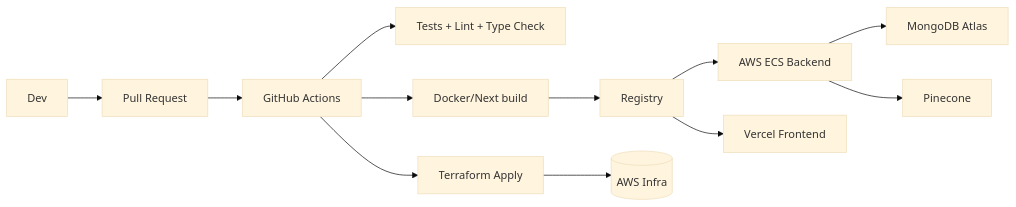
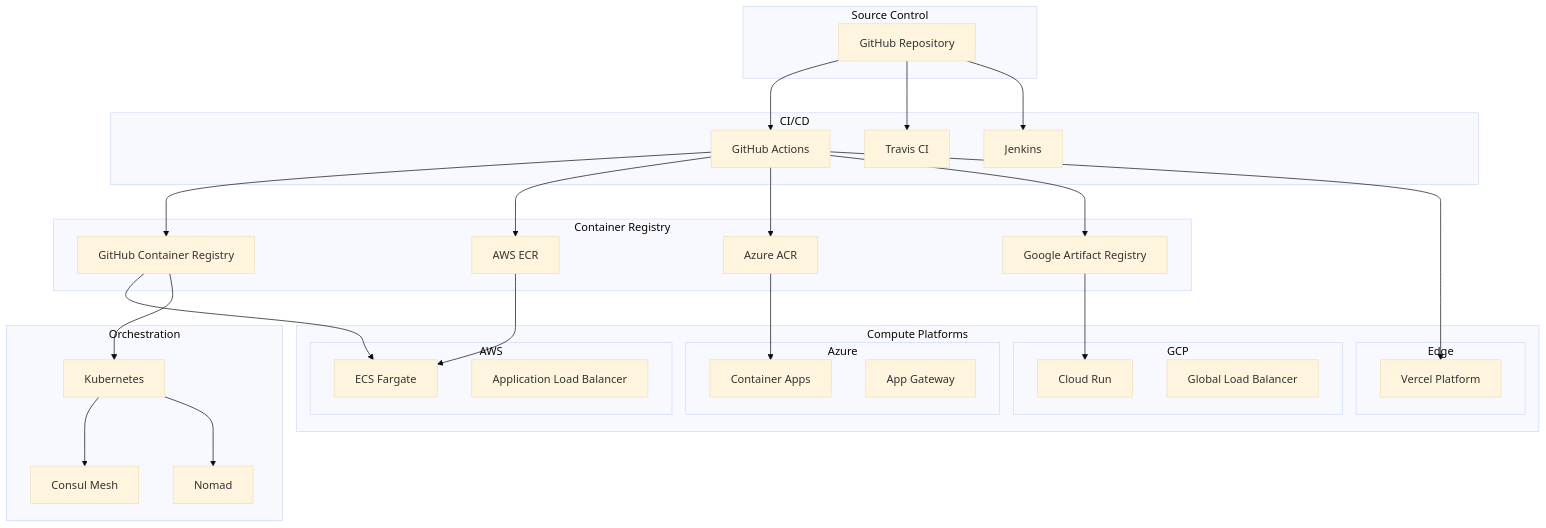
One commit to joonseolee/EstateWise-Chapel-Hill-Chatbot changed diagram 15 of 27 in ARCHITECTURE.md. Above: the diagram before and after it, drawn with Mermaid (base theme). The commit also changed other lines of this file and 2 other files, not shown here.

Commit message:
feat(ci-cd): enhance CI/CD & deployment DevOps & add RPC support

````diff
--- a/ARCHITECTURE.md
+++ b/ARCHITECTURE.md
@@ -332,14 +527,66 @@
 ```mermaid
-flowchart LR
-  Dev --> PR[Pull Request]
-  PR --> CI[GitHub Actions]
-  CI --> Test[Tests + Lint + Type Check]
-  CI --> Build[Docker/Next build]
-  Build --> GHCR[Registry]
-  GHCR --> ECS[AWS ECS Backend]
-  GHCR --> Vercel[Vercel Frontend]
-  ECS --> Atlas[MongoDB Atlas]
-  ECS --> PineconeSvc[Pinecone]
-  CI --> TF[Terraform Apply]
-  TF --> AWS[(AWS Infra)]
+flowchart TB
+  subgraph "Source Control"
+    GitHub[GitHub Repository]
+  end
+
+  subgraph "CI/CD"
+    Actions[GitHub Actions]
+    Travis[Travis CI]
+    Jenkins[Jenkins]
+  end
+
+  subgraph "Container Registry"
+    GHCR[GitHub Container Registry]
+    ECR[AWS ECR]
+    ACR[Azure ACR]
+    GAR[Google Artifact Registry]
+  end
+
+  subgraph "Compute Platforms"
+    subgraph "AWS"
+      ECS[ECS Fargate]
+      ALB[Application Load Balancer]
+    end
+
+    subgraph "Azure"
+      ACA[Container Apps]
+      AGW[App Gateway]
+    end
+
+    subgraph "GCP"
+      CloudRun[Cloud Run]
+      GLB[Global Load Balancer]
+    end
+
+    subgraph "Edge"
+      Vercel[Vercel Platform]
+    end
+  end
+
+  subgraph "Orchestration"
+    K8s[Kubernetes]
+    Consul[Consul Mesh]
+    Nomad[Nomad]
+  end
+
+  GitHub --> Actions
+  GitHub --> Travis
+  GitHub --> Jenkins
+
+  Actions --> GHCR
+  Actions --> ECR
+  Actions --> ACR
+  Actions --> GAR
+
+  GHCR --> ECS
+  ECR --> ECS
+  ACR --> ACA
+  GAR --> CloudRun
+
+  Actions --> Vercel
+
+  GHCR --> K8s
+  K8s --> Consul
+  K8s --> Nomad
 ```
````
